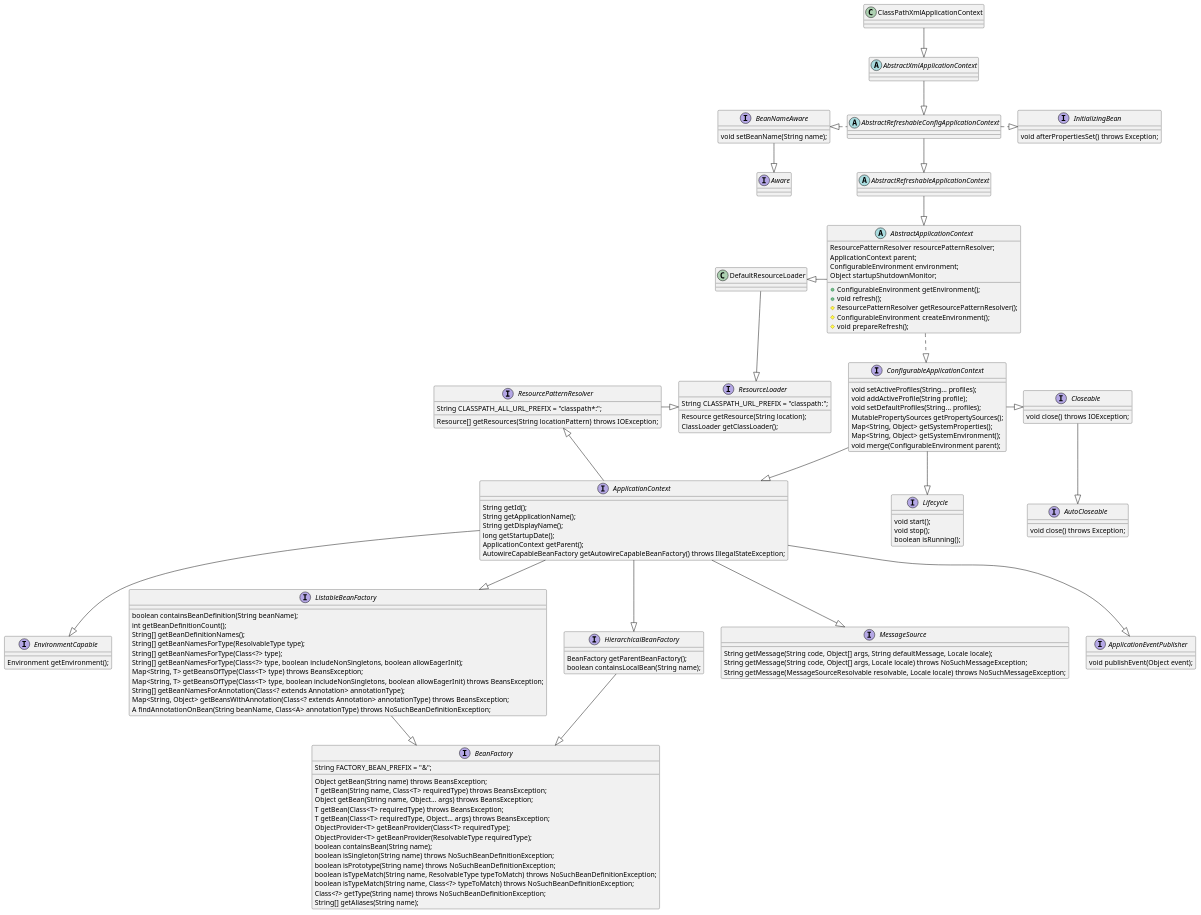
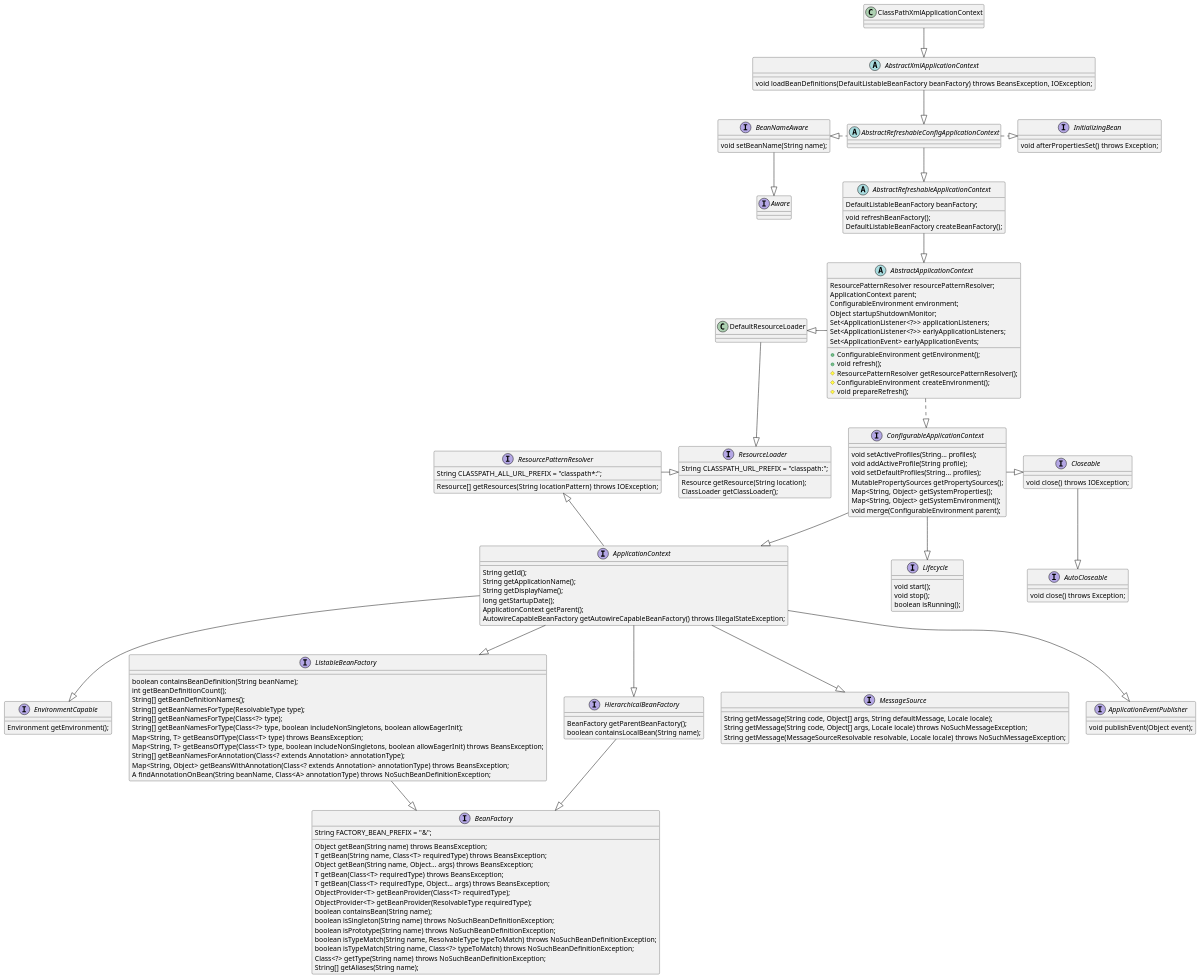
One commit to LCN29/MyTechnicalSystem changed the diagram in Spring/framwork/uml/ClassPathXmlApplicationContext.puml. Above: the diagram before and after it, drawn with PlantUML. The commit also changed 3 other files, not shown here.

```diff
--- a/Spring/framwork/uml/ClassPathXmlApplicationContext.puml
+++ b/Spring/framwork/uml/ClassPathXmlApplicationContext.puml
@@ -1,170 +1,181 @@
 @startuml
 
 class ClassPathXmlApplicationContext {
 }
 
 class DefaultResourceLoader {
 }
 
 
 abstract class AbstractXmlApplicationContext {
+
+    void loadBeanDefinitions(DefaultListableBeanFactory beanFactory) throws BeansException, IOException;
 }
 
 abstract class AbstractRefreshableConfigApplicationContext {
 }
 
 abstract class AbstractRefreshableApplicationContext {
+
+    DefaultListableBeanFactory beanFactory;
+
+    void refreshBeanFactory();
+    DefaultListableBeanFactory createBeanFactory();
 }
 
 abstract class AbstractApplicationContext {
 
     ResourcePatternResolver resourcePatternResolver;
     ApplicationContext parent;
     ConfigurableEnvironment environment;
     Object startupShutdownMonitor;
+    Set<ApplicationListener<?>> applicationListeners;
+    Set<ApplicationListener<?>> earlyApplicationListeners;
+    Set<ApplicationEvent> earlyApplicationEvents;
+
 
     + ConfigurableEnvironment getEnvironment();
     + void refresh();
     # ResourcePatternResolver getResourcePatternResolver();
     # ConfigurableEnvironment createEnvironment();
     # void prepareRefresh();
 }
 
 interface BeanNameAware {
     void setBeanName(String name);
 }
 
 interface Aware {
 }
 
 interface InitializingBean {
     void afterPropertiesSet() throws Exception;
 }
 
 interface ConfigurableApplicationContext{
     void setActiveProfiles(String... profiles);
     void addActiveProfile(String profile);
     void setDefaultProfiles(String... profiles);
     MutablePropertySources getPropertySources();
     Map<String, Object> getSystemProperties();
     Map<String, Object> getSystemEnvironment();
     void merge(ConfigurableEnvironment parent);
 }
 
 interface Lifecycle {
 
     void start();
     void stop();
     boolean isRunning();
 }
 
 interface Closeable {
     void close() throws IOException;
 }
 
 interface AutoCloseable {
     void close() throws Exception;
 }
 
 interface ApplicationContext {
     String getId();
     String getApplicationName();
     String getDisplayName();
     long getStartupDate();
     ApplicationContext getParent();
     AutowireCapableBeanFactory getAutowireCapableBeanFactory() throws IllegalStateException;
 }
 
 interface EnvironmentCapable {
     Environment getEnvironment();
 }
 
 interface ListableBeanFactory {
     boolean containsBeanDefinition(String beanName);
     int getBeanDefinitionCount();
     String[] getBeanDefinitionNames();
     String[] getBeanNamesForType(ResolvableType type);
     String[] getBeanNamesForType(Class<?> type);
     String[] getBeanNamesForType(Class<?> type, boolean includeNonSingletons, boolean allowEagerInit);
     Map<String, T> getBeansOfType(Class<T> type) throws BeansException;
     Map<String, T> getBeansOfType(Class<T> type, boolean includeNonSingletons, boolean allowEagerInit) throws BeansException;
     String[] getBeanNamesForAnnotation(Class<? extends Annotation> annotationType);
     Map<String, Object> getBeansWithAnnotation(Class<? extends Annotation> annotationType) throws BeansException;
     A findAnnotationOnBean(String beanName, Class<A> annotationType) throws NoSuchBeanDefinitionException;
 }
 
 interface HierarchicalBeanFactory {
     BeanFactory getParentBeanFactory();
     boolean containsLocalBean(String name);
 }
 
 interface BeanFactory {
     String FACTORY_BEAN_PREFIX = "&";
 
     Object getBean(String name) throws BeansException;
     T getBean(String name, Class<T> requiredType) throws BeansException;
     Object getBean(String name, Object... args) throws BeansException;
     T getBean(Class<T> requiredType) throws BeansException;
     T getBean(Class<T> requiredType, Object... args) throws BeansException;
     ObjectProvider<T> getBeanProvider(Class<T> requiredType);
     ObjectProvider<T> getBeanProvider(ResolvableType requiredType);
     boolean containsBean(String name);
     boolean isSingleton(String name) throws NoSuchBeanDefinitionException;
     boolean isPrototype(String name) throws NoSuchBeanDefinitionException;
     boolean isTypeMatch(String name, ResolvableType typeToMatch) throws NoSuchBeanDefinitionException;
     boolean isTypeMatch(String name, Class<?> typeToMatch) throws NoSuchBeanDefinitionException;
     Class<?> getType(String name) throws NoSuchBeanDefinitionException;
     String[] getAliases(String name);
 }
 
 interface MessageSource {
     String getMessage(String code, Object[] args, String defaultMessage, Locale locale);
     String getMessage(String code, Object[] args, Locale locale) throws NoSuchMessageException;
     String getMessage(MessageSourceResolvable resolvable, Locale locale) throws NoSuchMessageException;
 }
 
 interface ApplicationEventPublisher {
     void publishEvent(Object event);
 }
 
 interface ResourcePatternResolver {
     String CLASSPATH_ALL_URL_PREFIX = "classpath*:";
 
     Resource[] getResources(String locationPattern) throws IOException;
 }
 
 interface ResourceLoader {
     String CLASSPATH_URL_PREFIX = "classpath:";
 
     Resource getResource(String location);
     ClassLoader getClassLoader();
 }
 
 
 
 ClassPathXmlApplicationContext -down-|> AbstractXmlApplicationContext
 AbstractXmlApplicationContext -down-|> AbstractRefreshableConfigApplicationContext
 AbstractRefreshableConfigApplicationContext -down-|> AbstractRefreshableApplicationContext
 AbstractRefreshableConfigApplicationContext -left..|> BeanNameAware
 AbstractRefreshableConfigApplicationContext -right..|> InitializingBean
 BeanNameAware -down-|> Aware
 AbstractRefreshableApplicationContext -down-|> AbstractApplicationContext
 AbstractApplicationContext -left-|> DefaultResourceLoader
 DefaultResourceLoader -down-|> ResourceLoader
 
 AbstractApplicationContext ..|> ConfigurableApplicationContext
 ConfigurableApplicationContext -down-|> ApplicationContext
 ConfigurableApplicationContext -down-|> Lifecycle
 ConfigurableApplicationContext -right-|> Closeable
 Closeable -down-|> AutoCloseable
 ApplicationContext -down-|> EnvironmentCapable
 ApplicationContext -down-|> MessageSource
 ApplicationContext -down-|> ApplicationEventPublisher
 ApplicationContext -up|> ResourcePatternResolver
 ApplicationContext -down-|> HierarchicalBeanFactory
 ApplicationContext -down-|> ListableBeanFactory
 HierarchicalBeanFactory -down-|> BeanFactory
 ListableBeanFactory -down-|> BeanFactory
 ResourcePatternResolver -|> ResourceLoader
 
 @enduml
```
